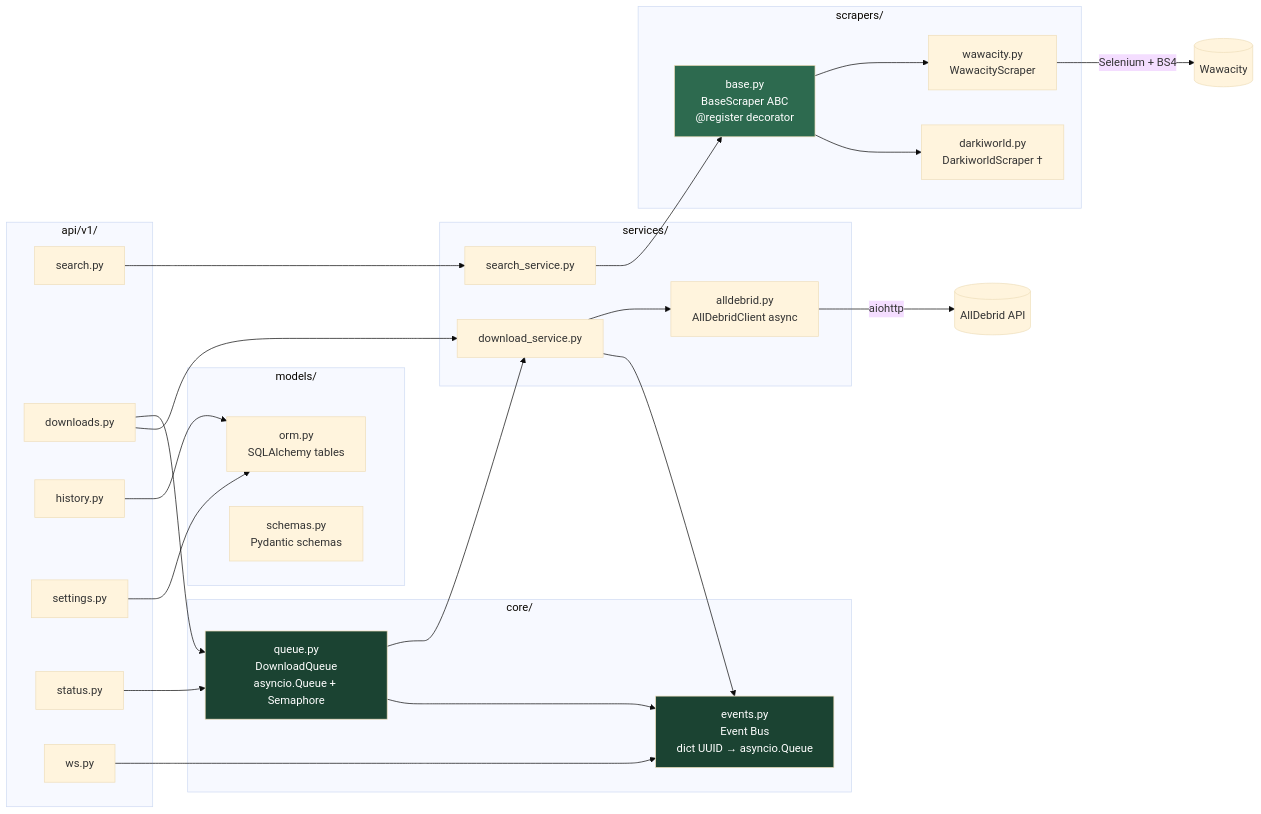
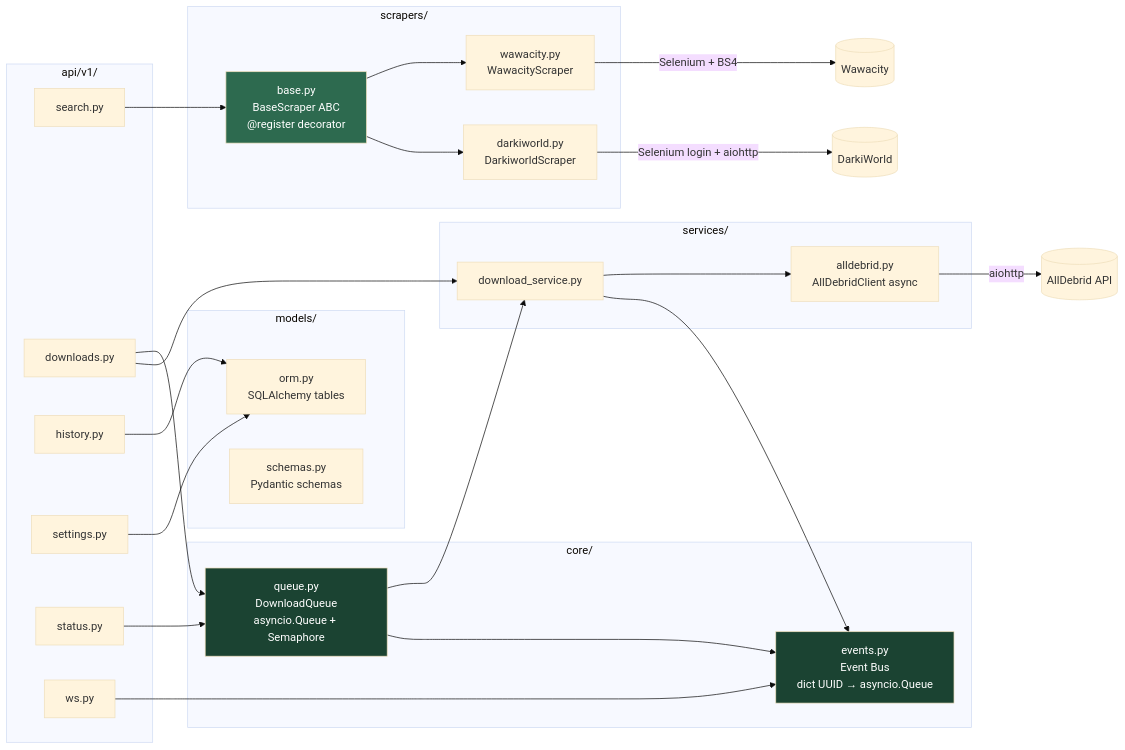
The fourth of 7 diagrams in docs/architecture-v2.md (Gon3s/dl_discord_bot), drawn with Mermaid (base theme) before and after one commit. The commit also changed other lines of this file and 38 other files, not shown here.

````diff
--- a/docs/architecture-v2.md
+++ b/docs/architecture-v2.md
@@ -136,57 +138,56 @@
 ```mermaid
 graph LR
     subgraph api["api/v1/"]
         S[search.py]
         D[downloads.py]
         H[history.py]
         ST[settings.py]
         STA[status.py]
         W[ws.py]
     end
 
     subgraph core["core/"]
         Q[queue.py<br/>DownloadQueue<br/>asyncio.Queue + Semaphore]
         E[events.py<br/>Event Bus<br/>dict UUID → asyncio.Queue]
     end
 
     subgraph services["services/"]
-        SS[search_service.py]
         DS[download_service.py]
         AL[alldebrid.py<br/>AllDebridClient async]
     end
 
     subgraph scrapers["scrapers/"]
         BS[base.py<br/>BaseScraper ABC<br/>@register decorator]
         WW[wawacity.py<br/>WawacityScraper]
-        DW[darkiworld.py<br/>DarkiworldScraper †]
+        DW[darkiworld.py<br/>DarkiworldScraper]
     end
 
     subgraph models["models/"]
         ORM[orm.py<br/>SQLAlchemy tables]
         SCH[schemas.py<br/>Pydantic schemas]
     end
 
-    S --> SS
+    S --> BS
     D --> Q
     D --> DS
     H --> ORM
     ST --> ORM
     STA --> Q
     W --> E
 
-    SS --> BS
     DS --> AL
     DS --> E
     Q --> DS
     Q --> E
 
     BS --> WW
     BS --> DW
 
     WW -->|Selenium + BS4| WAW[(Wawacity)]
+    DW -->|Selenium login + aiohttp| DWAPI[(DarkiWorld)]
     AL -->|aiohttp| AD[(AllDebrid API)]
 
     style BS fill:#2d6a4f,color:#fff
     style Q fill:#1b4332,color:#fff
     style E fill:#1b4332,color:#fff
 ```
````
